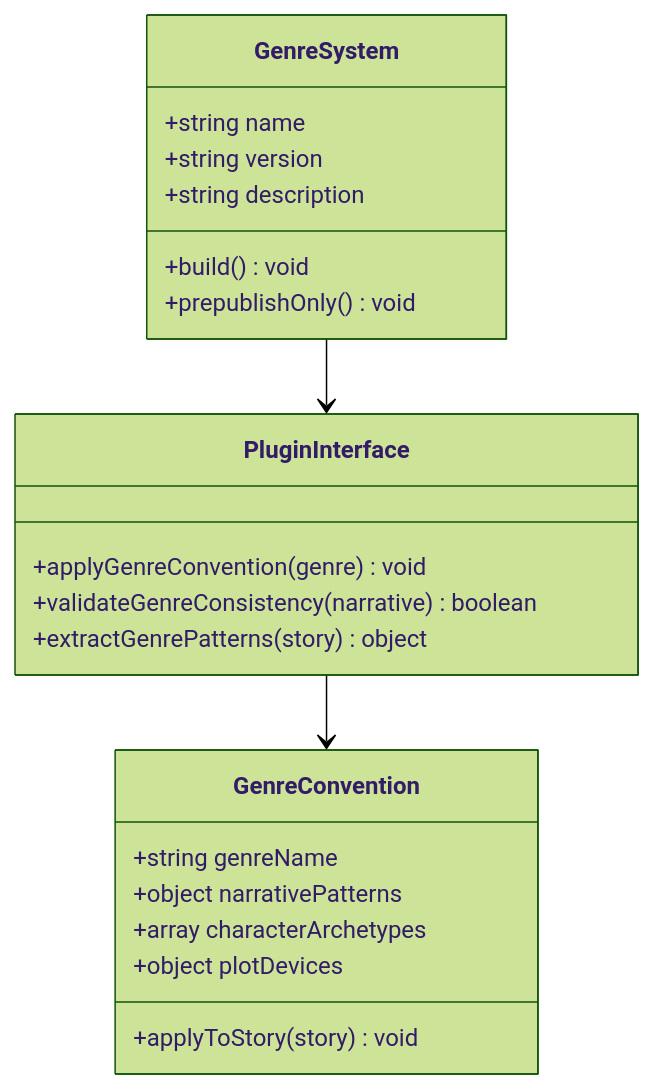
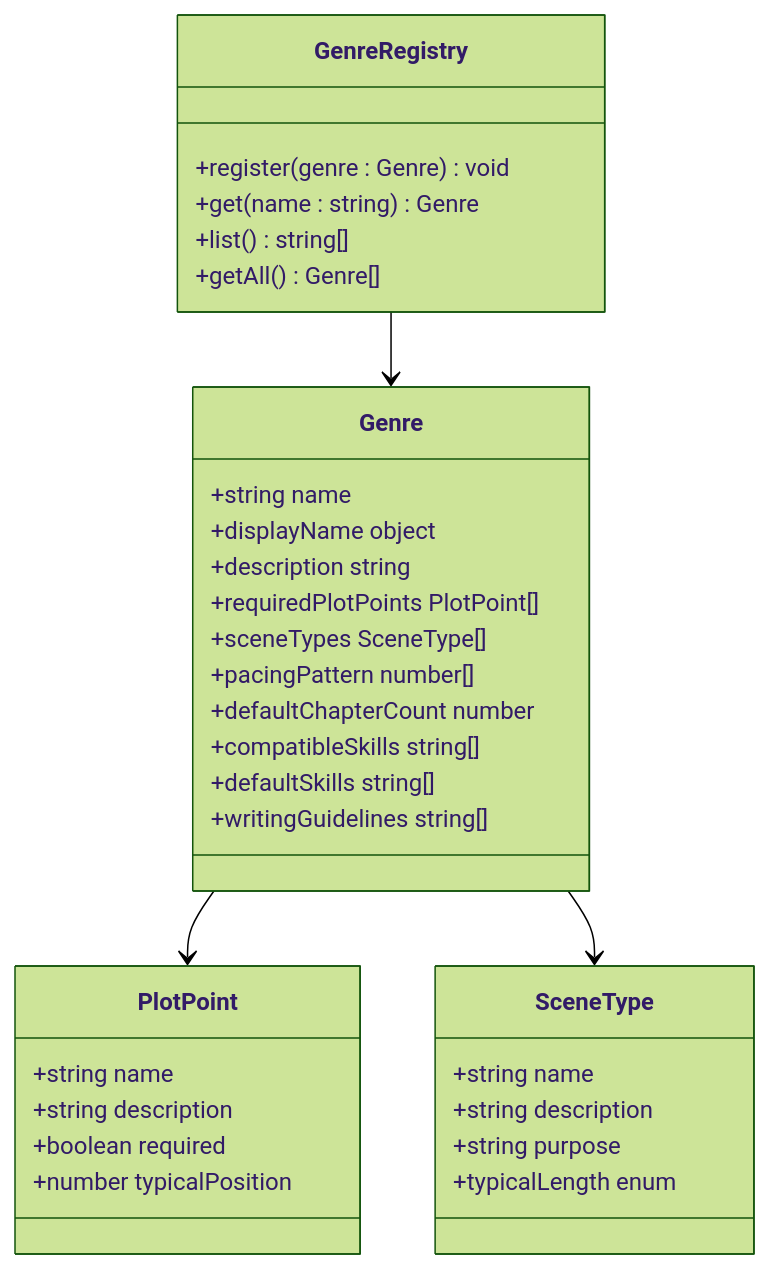
The second of 4 diagrams in .qoder/repowiki/en/content/Genre and Skills Systems.md (liwonder/NARRITIVE_OS), drawn with Mermaid (forest theme) before and after one commit. The commit also changed other lines of this file and 14 other files, not shown here.

First line of the commit message:
Add character strategy, skills loader, worldstate

````diff
--- a/.qoder/repowiki/en/content/Genre and Skills Systems.md
+++ b/.qoder/repowiki/en/content/Genre and Skills Systems.md
@@ -77,24 +105,36 @@
 ```mermaid
 classDiagram
-class GenreSystem {
+class GenreRegistry {
++register(genre : Genre) void
++get(name : string) Genre
++list() string[]
++getAll() Genre[]
+}
+class Genre {
 +string name
-+string version
++displayName object
++description string
++requiredPlotPoints PlotPoint[]
++sceneTypes SceneType[]
++pacingPattern number[]
++defaultChapterCount number
++compatibleSkills string[]
++defaultSkills string[]
++writingGuidelines string[]
+}
+class PlotPoint {
++string name
 +string description
-+build() void
-+prepublishOnly() void
++boolean required
++number typicalPosition
 }
-class PluginInterface {
-+applyGenreConvention(genre) void
-+validateGenreConsistency(narrative) boolean
-+extractGenrePatterns(story) object
+class SceneType {
++string name
++string description
++string purpose
++typicalLength enum
 }
-class GenreConvention {
-+string genreName
-+object narrativePatterns
-+array characterArchetypes
-+object plotDevices
-+applyToStory(story) void
-}
-GenreSystem --> PluginInterface
-PluginInterface --> GenreConvention
+GenreRegistry --> Genre
+Genre --> PlotPoint
+Genre --> SceneType
 ```
````
